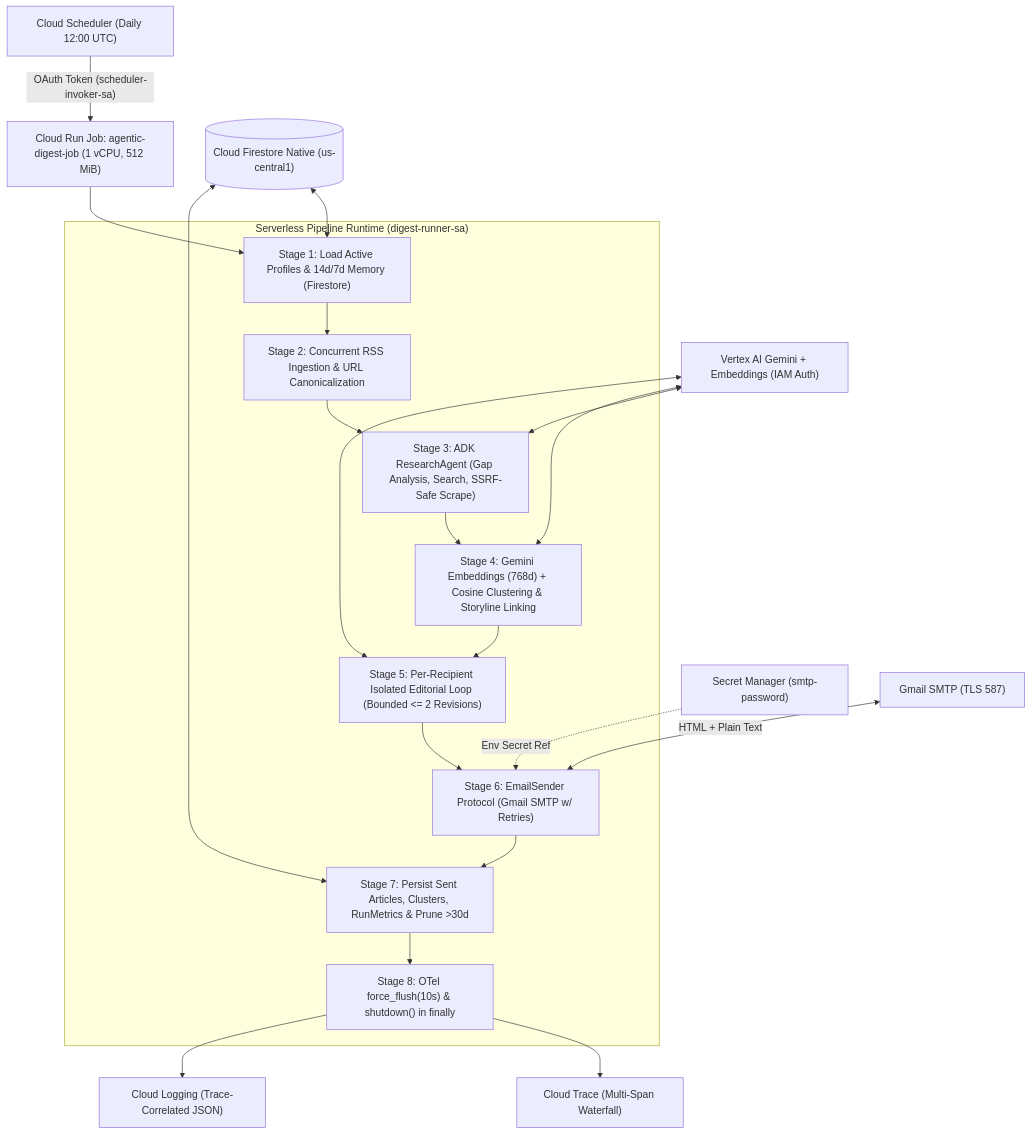
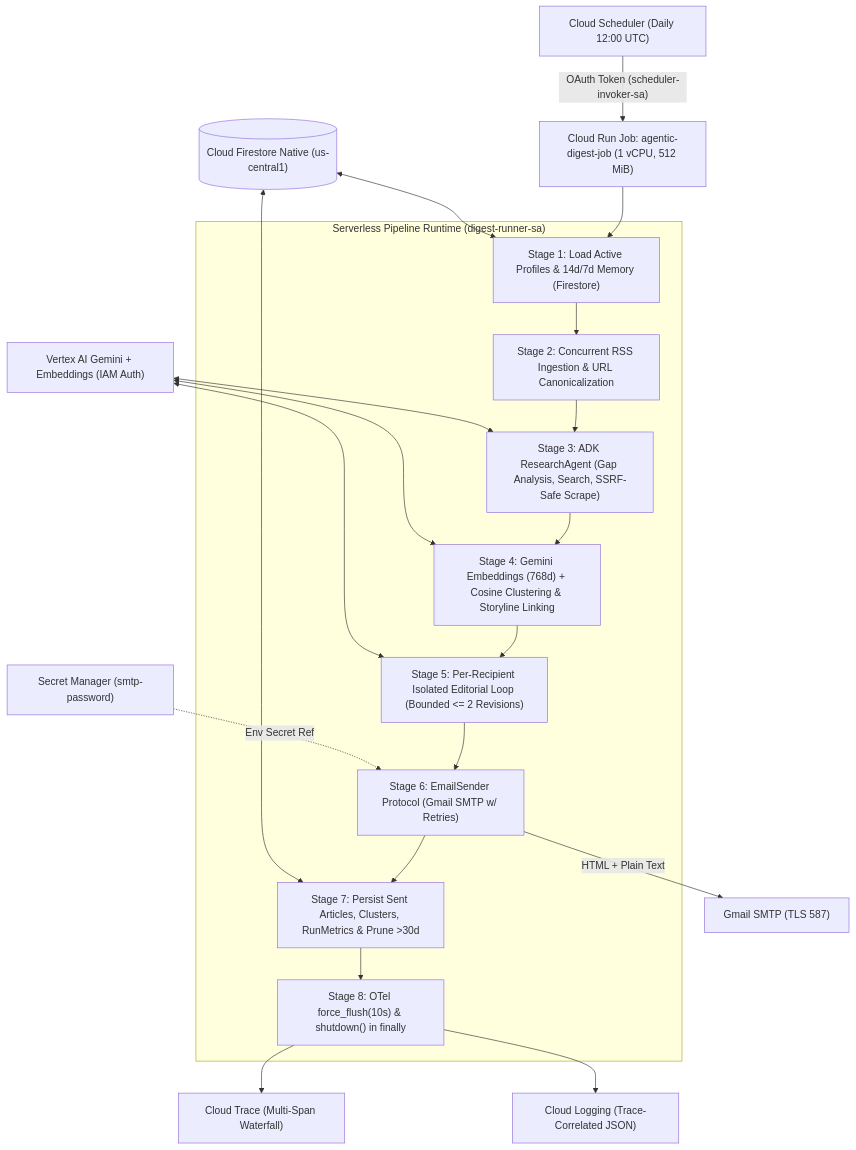
One commit to siddhant-ban/agentic-ai-digest changed the first of 2 diagrams in docs/ARCHITECTURE.md. Above: the diagram before and after it, drawn with Mermaid. The commit also changed other lines of this file and 2 other files, not shown here.

Commit message:
docs: fix Mermaid arrow syntax, judge gate labels, and JSON log verification query

````diff
--- a/docs/ARCHITECTURE.md
+++ b/docs/ARCHITECTURE.md
@@ -11,28 +11,28 @@
 ```mermaid
 flowchart TD
     CS["Cloud Scheduler (Daily 12:00 UTC)"] -->|"OAuth Token (scheduler-invoker-sa)"| CRJ["Cloud Run Job: agentic-digest-job (1 vCPU, 512 MiB)"]
 
     subgraph Runtime["Serverless Pipeline Runtime (digest-runner-sa)"]
         S1["Stage 1: Load Active Profiles & 14d/7d Memory (Firestore)"]
         S2["Stage 2: Concurrent RSS Ingestion & URL Canonicalization"]
         S3["Stage 3: ADK ResearchAgent (Gap Analysis, Search, SSRF-Safe Scrape)"]
         S4["Stage 4: Gemini Embeddings (768d) + Cosine Clustering & Storyline Linking"]
         S5["Stage 5: Per-Recipient Isolated Editorial Loop (Bounded <= 2 Revisions)"]
         S6["Stage 6: EmailSender Protocol (Gmail SMTP w/ Retries)"]
         S7["Stage 7: Persist Sent Articles, Clusters, RunMetrics & Prune >30d"]
         S8["Stage 8: OTel force_flush(10s) & shutdown() in finally"]
 
         S1 --> S2 --> S3 --> S4 --> S5 --> S6 --> S7 --> S8
     end
 
     CRJ --> S1
     FS[("Cloud Firestore Native (us-central1)")] <--> S1
     FS <--> S7
     SM["Secret Manager (smtp-password)"] -.->|"Env Secret Ref"| S6
     VAI["Vertex AI Gemini + Embeddings (IAM Auth)"] <--> S3
     VAI <--> S4
     VAI <--> S5
-    SMTP["Gmail SMTP (TLS 587)"] <-- "HTML + Plain Text" --> S6
+    S6 -->|"HTML + Plain Text"| SMTP["Gmail SMTP (TLS 587)"]
     S8 --> CT["Cloud Trace (Multi-Span Waterfall)"]
     S8 --> CL["Cloud Logging (Trace-Correlated JSON)"]
 ```
````
